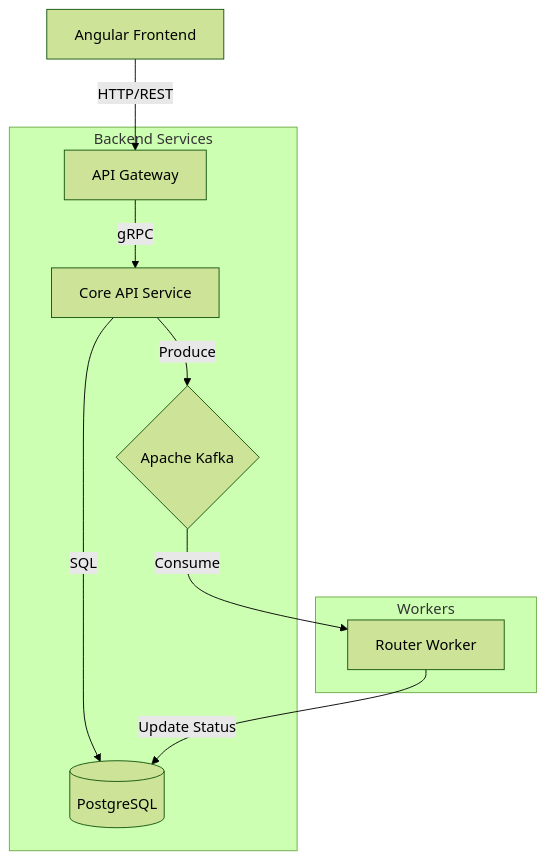
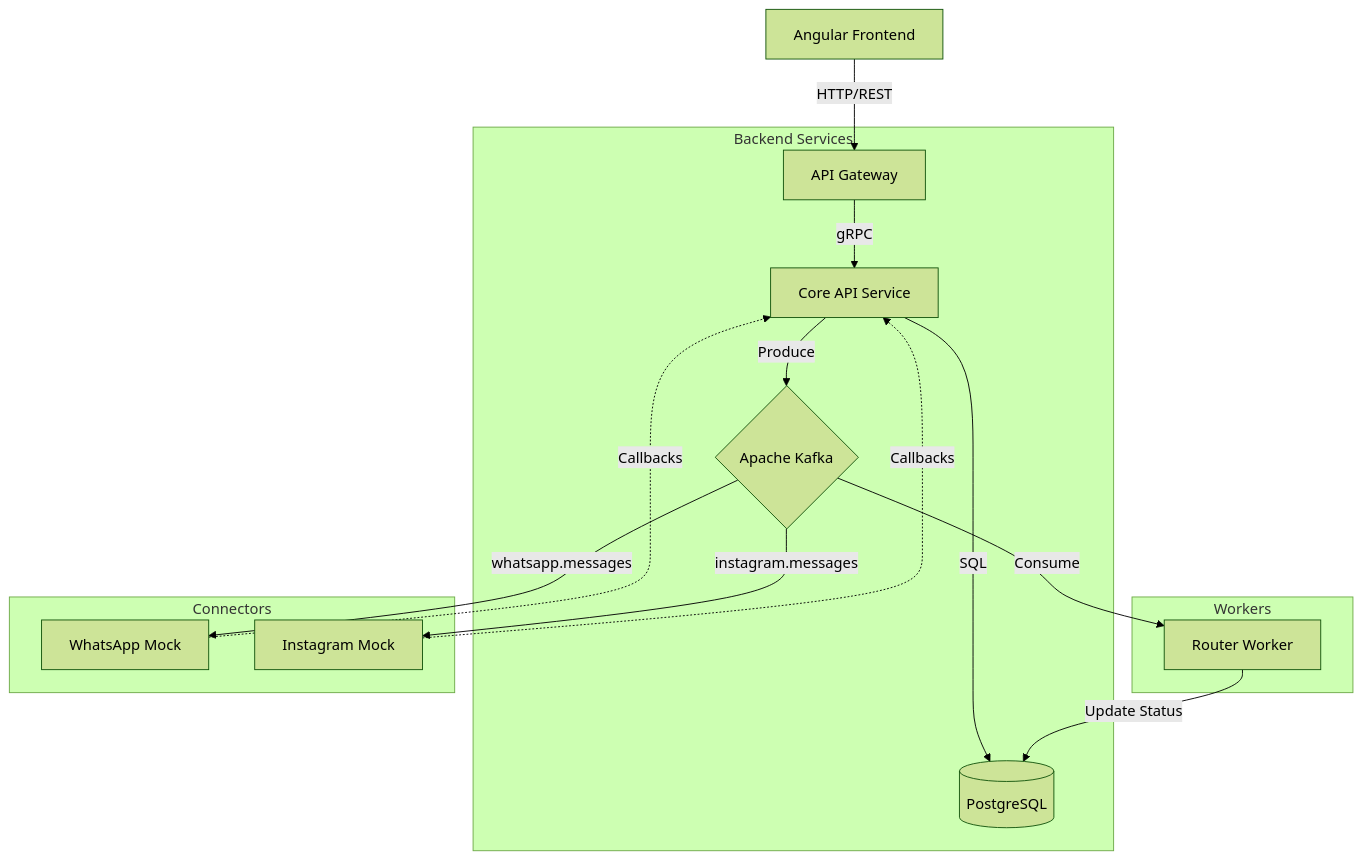
Before and after one commit to halysschreiner/chat4all: the diagram in README.md, drawn with Mermaid (forest theme). The commit also changed other lines of this file and 31 other files, not shown here.

````diff
--- a/README.md
+++ b/README.md
@@ -11,15 +11,22 @@
 ```mermaid
 graph TD
     Client[Angular Frontend] -->|HTTP/REST| Gateway[API Gateway]
     
     subgraph "Backend Services"
         Gateway -->|gRPC| APIService[Core API Service]
         APIService -->|SQL| DB[(PostgreSQL)]
         APIService -->|Produce| Kafka{Apache Kafka}
     end
     
     subgraph "Workers"
         Kafka -->|Consume| RouterWorker[Router Worker]
         RouterWorker -->|Update Status| DB
     end
+    
+    subgraph "Connectors"
+        Kafka -->|whatsapp.messages| WhatsApp[WhatsApp Mock]
+        Kafka -->|instagram.messages| Instagram[Instagram Mock]
+        WhatsApp -.Callbacks.-> APIService
+        Instagram -.Callbacks.-> APIService
+    end
 ```
````
